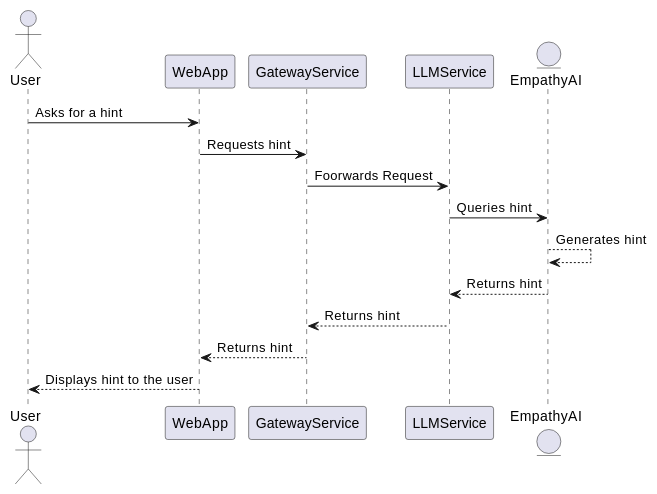
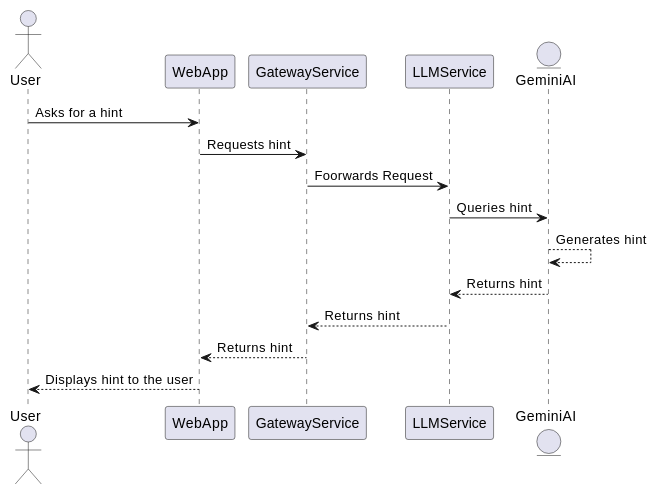
One commit to Arquisoft/wichat_es4c changed the third of 5 diagrams in docs/src/06_runtime_view.adoc. Above: the diagram before and after it, drawn with PlantUML. The commit also changed other lines of this file, not shown here.

```diff
--- a/docs/src/06_runtime_view.adoc
+++ b/docs/src/06_runtime_view.adoc
@@ -96,24 +96,24 @@
 [plantuml, Clue Generation Diagram, png]
 ----
 
 @startuml
 
 actor User
 participant WebApp
 participant GatewayService
 participant LLMService
-entity EmpathyAI
+entity GeminiAI
 
 User -> WebApp: Asks for a hint
 WebApp -> GatewayService: Requests hint
 GatewayService -> LLMService: Foorwards Request
-LLMService -> EmpathyAI: Queries hint
-EmpathyAI --> EmpathyAI: Generates hint
-EmpathyAI --> LLMService: Returns hint
+LLMService -> GeminiAI: Queries hint
+GeminiAI --> GeminiAI: Generates hint
+GeminiAI --> LLMService: Returns hint
 LLMService --> GatewayService: Returns hint
 GatewayService --> WebApp: Returns hint
 WebApp --> User: Displays hint to the user
 
 @enduml
 
 ----
```
